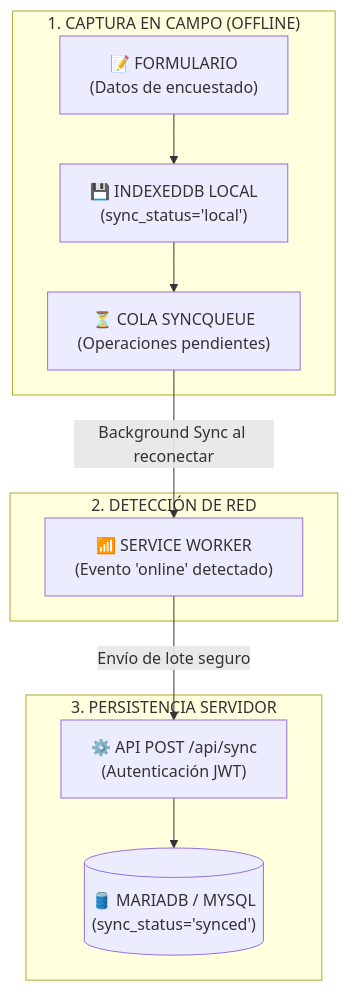
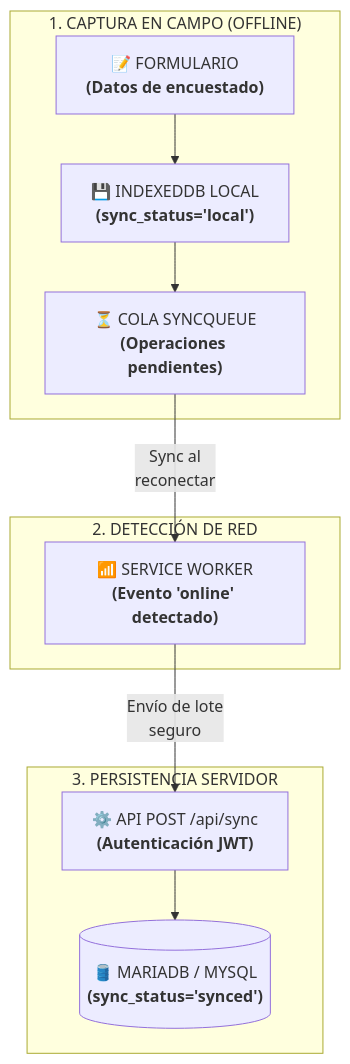
Before and after one commit to Santiago072/ModuloCRUD: the diagram in docs/Especificacion_Requisitos.md, drawn with Mermaid. The commit also changed other lines of this file, not shown here.

Commit message:
docs: anadir saltos de linea en etiquetas del diagrama de sincronizacion

````diff
--- a/docs/Especificacion_Requisitos.md
+++ b/docs/Especificacion_Requisitos.md
@@ -40,22 +40,22 @@
 ```mermaid
 flowchart TD
     subgraph S1["1. CAPTURA EN CAMPO (OFFLINE)"]
-        A["📝 FORMULARIO\n(Datos de encuestado)"]
-        B["💾 INDEXEDDB LOCAL\n(sync_status='local')"]
-        C["⏳ COLA SYNCQUEUE\n(Operaciones pendientes)"]
+        A["📝 FORMULARIO<br/><b>(Datos de encuestado)</b>"]
+        B["💾 INDEXEDDB LOCAL<br/><b>(sync_status='local')</b>"]
+        C["⏳ COLA SYNCQUEUE<br/><b>(Operaciones pendientes)</b>"]
         A --> B --> C
     end
 
     subgraph S2["2. DETECCIÓN DE RED"]
-        D["📶 SERVICE WORKER\n(Evento 'online' detectado)"]
+        D["📶 SERVICE WORKER<br/><b>(Evento 'online' detectado)</b>"]
     end
 
     subgraph S3["3. PERSISTENCIA SERVIDOR"]
-        E["⚙️ API POST /api/sync\n(Autenticación JWT)"]
-        F[("🛢️ MARIADB / MYSQL\n(sync_status='synced')")]
+        E["⚙️ API POST /api/sync<br/><b>(Autenticación JWT)</b>"]
+        F[("🛢️ MARIADB / MYSQL<br/><b>(sync_status='synced')</b>")]
         E --> F
     end
 
-    C -->|"Background Sync al reconectar"| D
-    D -->|"Envío de lote seguro"| E
+    C -->|"Sync al<br/>reconectar"| D
+    D -->|"Envío de lote<br/>seguro"| E
 ```
````
